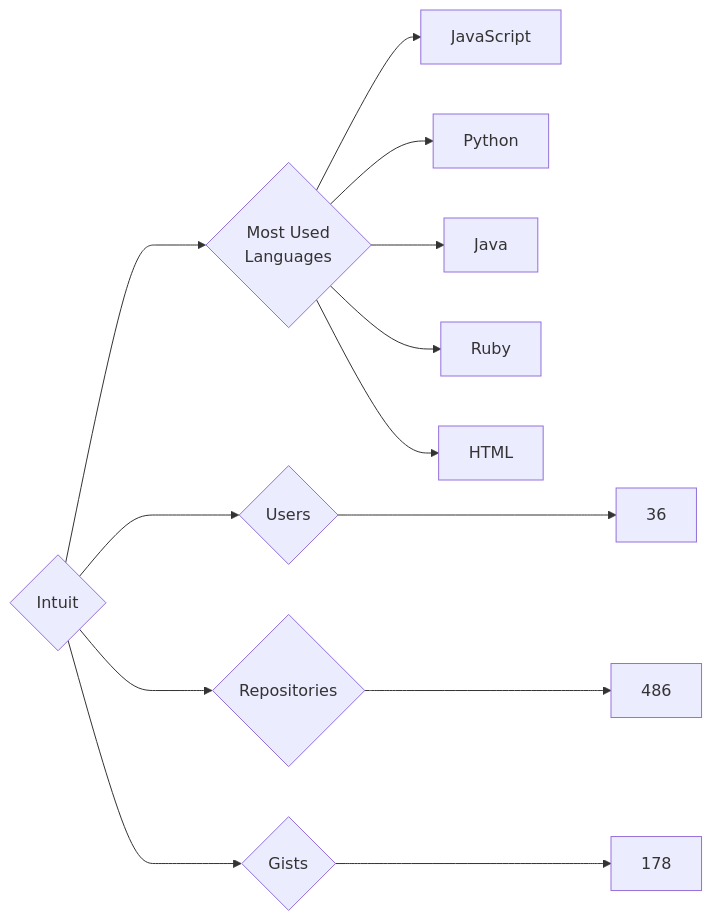
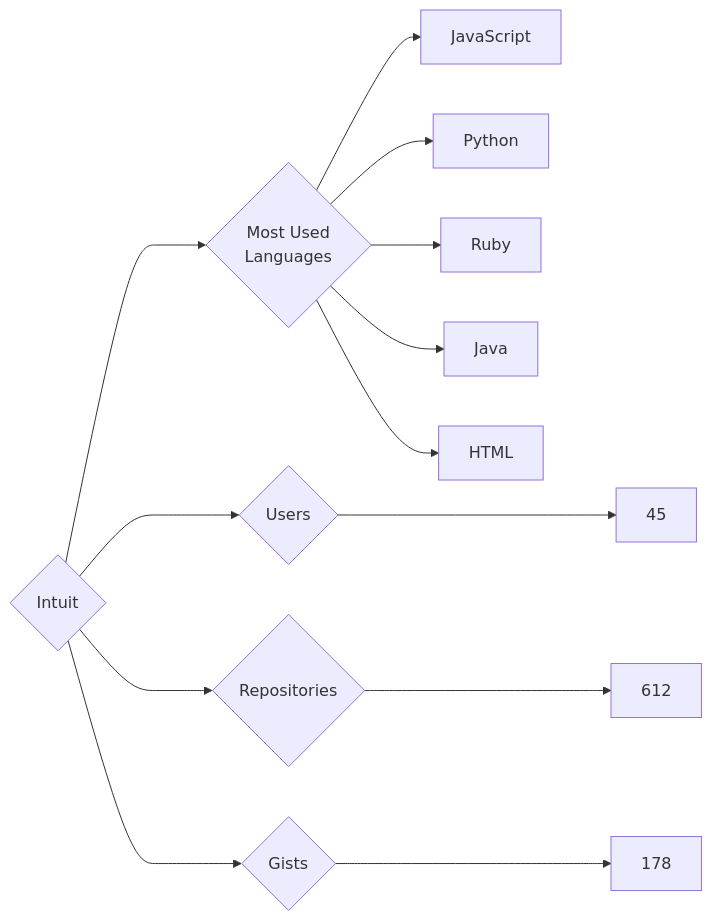
The diagram in targets/Intuit/README.md (trickest/insiders), drawn with Mermaid before and after one commit. The commit also changed 899 other files, not shown here.

````diff
--- a/targets/Intuit/README.md
+++ b/targets/Intuit/README.md
@@ -3,13 +3,13 @@
 ```mermaid
 graph LR
 COMPANY_NAME{Intuit}
-COMPANY_NAME ---> U{Users} ---> UN[36]
-COMPANY_NAME ---> R{Repositories} ---> RN[486]
+COMPANY_NAME ---> U{Users} ---> UN[45]
+COMPANY_NAME ---> R{Repositories} ---> RN[612]
 COMPANY_NAME ---> G{Gists} ---> GN[178]
 COMPANY_NAME ---> ML{Most Used<br>Languages}
 ML --> JavaScript[JavaScript]
 ML --> Python[Python]
+ML --> Ruby[Ruby]
 ML --> Java[Java]
-ML --> Ruby[Ruby]
 ML --> HTML[HTML]
 ```
````
